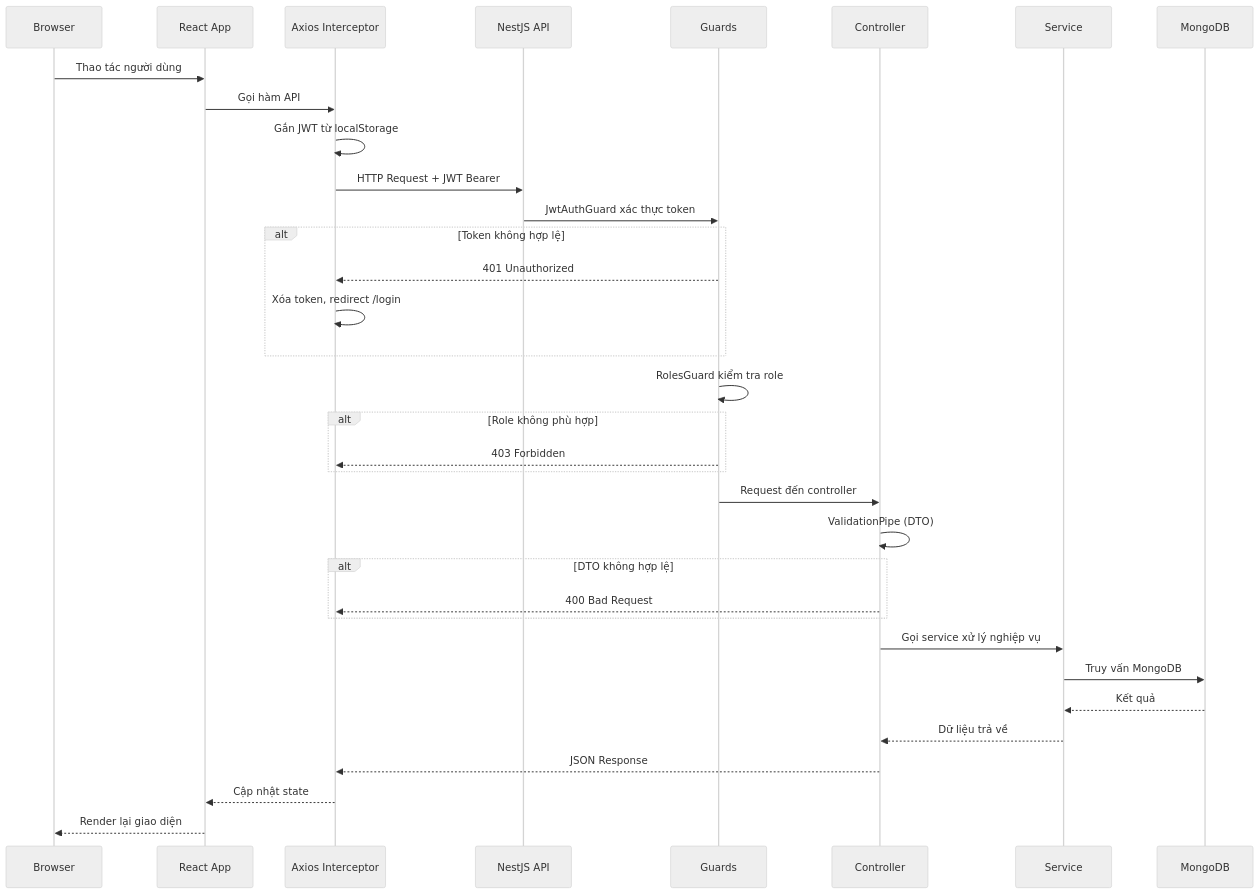
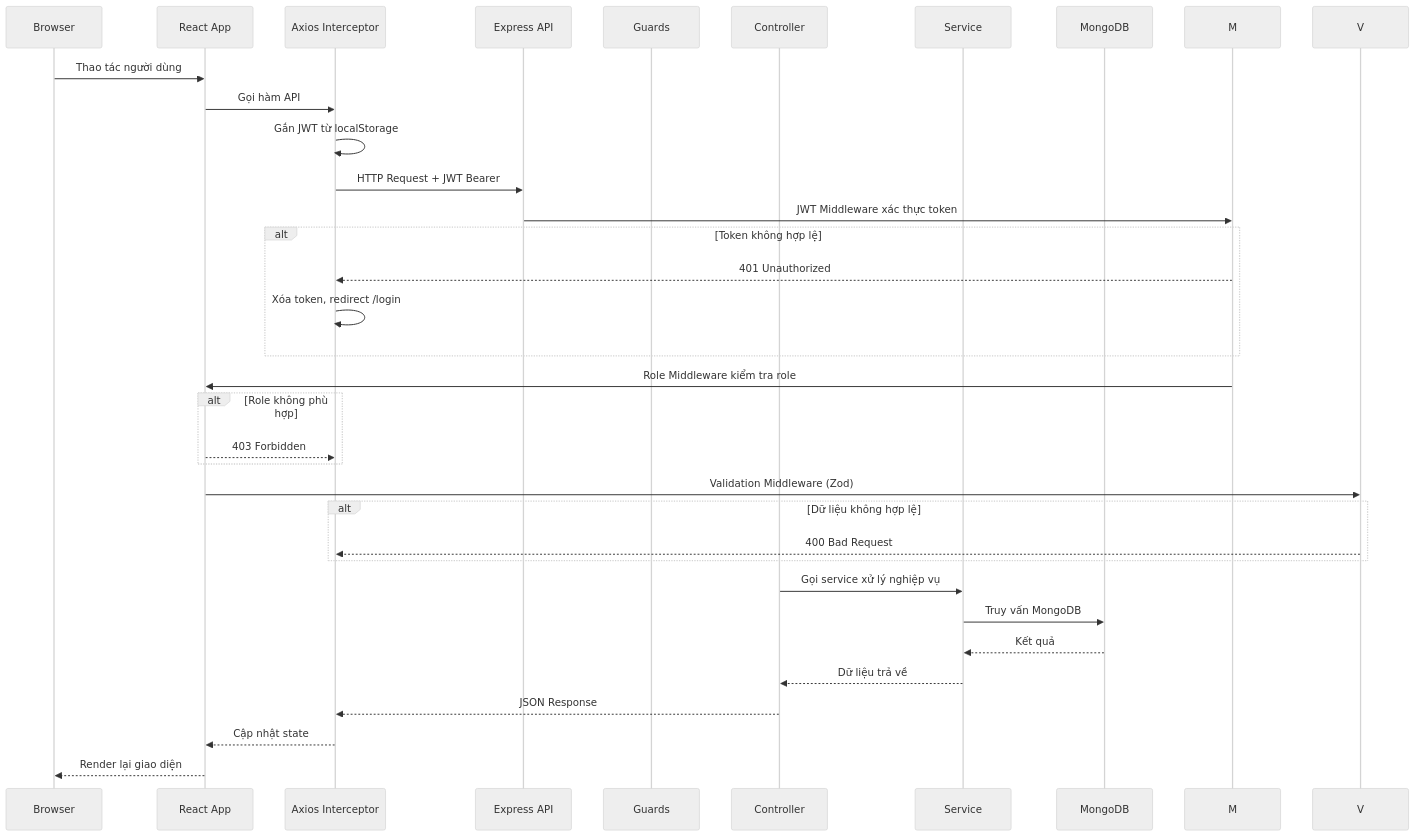
Before and after one commit to nghiaxh/hr-management: the third of 30 diagrams in docs/SDD.md, drawn with Mermaid (neutral theme). The commit also changed other lines of this file and 4 other files, not shown here.

````diff
--- a/docs/SDD.md
+++ b/docs/SDD.md
@@ -219,43 +222,42 @@
 ```mermaid
 sequenceDiagram
     participant B as Browser
     participant R as React App
     participant I as Axios Interceptor
-    participant API as NestJS API
+    participant API as Express API
     participant G as Guards
     participant CO as Controller
     participant S as Service
     participant DB as MongoDB
 
     B->>R: Thao tác người dùng
     R->>I: Gọi hàm API
     I->>I: Gắn JWT từ localStorage
     
     I->>API: HTTP Request + JWT Bearer
     
-    API->>G: JwtAuthGuard xác thực token
+    API->>M: JWT Middleware xác thực token
     alt Token không hợp lệ
-        G-->>I: 401 Unauthorized
+        M-->>I: 401 Unauthorized
         I->>I: Xóa token, redirect /login
     end
     
-    G->>G: RolesGuard kiểm tra role
+    M->>R: Role Middleware kiểm tra role
     alt Role không phù hợp
-        G-->>I: 403 Forbidden
+        R-->>I: 403 Forbidden
     end
     
-    G->>CO: Request đến controller
-    CO->>CO: ValidationPipe (DTO)
-    alt DTO không hợp lệ
-        CO-->>I: 400 Bad Request
+    R->>V: Validation Middleware (Zod)
+    alt Dữ liệu không hợp lệ
+        V-->>I: 400 Bad Request
     end
     
     CO->>S: Gọi service xử lý nghiệp vụ
     S->>DB: Truy vấn MongoDB
     DB-->>S: Kết quả
     S-->>CO: Dữ liệu trả về
     CO-->>I: JSON Response
     
     I-->>R: Cập nhật state
     R-->>B: Render lại giao diện
 ```
````
